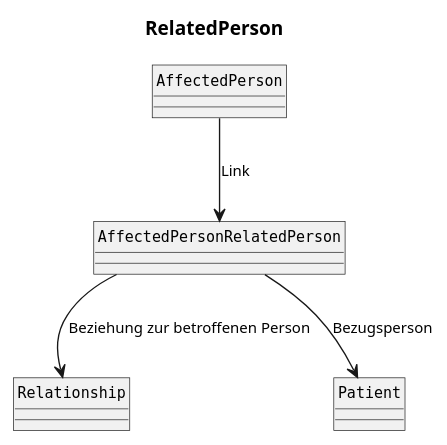
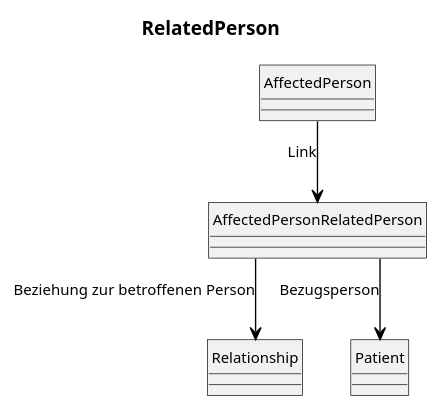
Before and after one commit to robert-koch-institut/rki.emiga.common: the diagram in rki.emiga.common/guides/implementationguides.common/PlantUML/PersonRelatedPersonOverview.puml, drawn with PlantUML. The commit also changed 13 other files, not shown here.

```diff
--- a/rki.emiga.common/guides/implementationguides.common/PlantUML/PersonRelatedPersonOverview.puml
+++ b/rki.emiga.common/guides/implementationguides.common/PlantUML/PersonRelatedPersonOverview.puml
@@ -1,31 +1,34 @@
 @startuml
 
 title RelatedPerson
 
 skinparam shadowing false
 skinparam roundcorner 0
-skinparam linetype spline
+skinparam linetype ortho
 skinparam classAttributeIconSize 0
 skinparam defaultFontName Arial
 skinparam defaultFontSize 11
-skinparam classAttributeFontName Monospaced
+
+skinparam ArrowColor black
+skinparam classBorderColor black
+skinparam classFontColor black
 
 hide circle
 
 class AffectedPerson{
 }
 class Relationship{
 }
 class AffectedPersonRelatedPerson {
 }
 class Patient {
 }
 class Relationship{
 }
 
 AffectedPerson --> AffectedPersonRelatedPerson: Link
 
 AffectedPersonRelatedPerson --> Patient: Bezugsperson
 AffectedPersonRelatedPerson --> Relationship: Beziehung zur betroffenen Person
 
 @enduml
```
